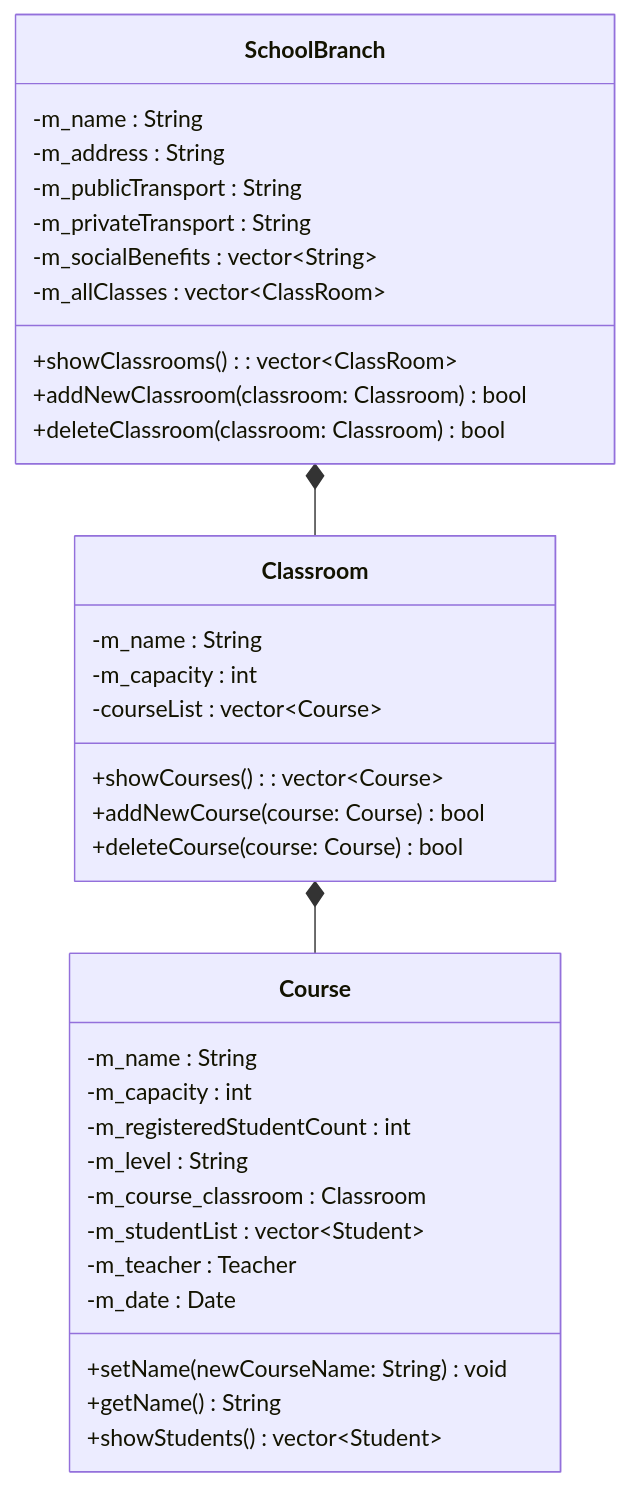
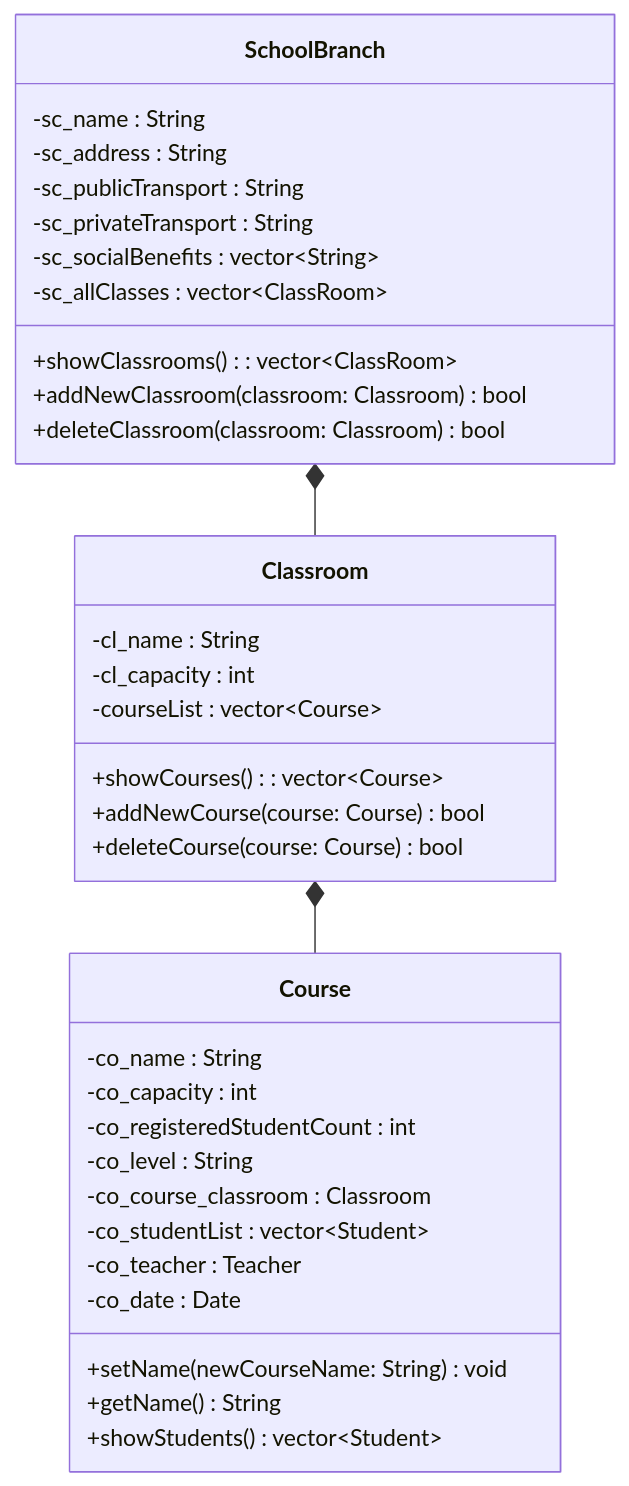
Before and after one commit to ondergormez/BLM3722_Software_Engineering: the third of 4 diagrams in 03-Project/01-ClassDiagram/UML_Diag.md, drawn with Mermaid. The commit also changed other lines of this file and 10 other files, not shown here.

````diff
--- a/03-Project/01-ClassDiagram/UML_Diag.md
+++ b/03-Project/01-ClassDiagram/UML_Diag.md
@@ -134,39 +134,39 @@
 ```mermaid
 classDiagram
     SchoolBranch *-- Classroom 
     Classroom *-- Course
     class SchoolBranch{
-        -m_name : String
-        -m_address : String
-        -m_publicTransport : String
-        -m_privateTransport : String
-        -m_socialBenefits : vector~String~ 
-        -m_allClasses : vector~ClassRoom~ 
+        -sc_name : String
+        -sc_address : String
+        -sc_publicTransport : String
+        -sc_privateTransport : String
+        -sc_socialBenefits : vector~String~ 
+        -sc_allClasses : vector~ClassRoom~ 
         +showClassrooms() : vector~ClassRoom~
         +addNewClassroom(classroom: Classroom) bool
         +deleteClassroom(classroom: Classroom) bool
     }
 
     class Classroom{
-        -m_name : String
-        -m_capacity : int
+        -cl_name : String
+        -cl_capacity : int
         -courseList : vector~Course~
         +showCourses() : vector~Course~
         +addNewCourse(course: Course) bool
         +deleteCourse(course: Course) bool       
     }
 
     class Course{
-        -m_name : String
-        -m_capacity : int
-        -m_registeredStudentCount : int
-        -m_level : String
-        -m_course_classroom : Classroom
-        -m_studentList : vector~Student~
-        -m_teacher : Teacher
-        -m_date : Date
+        -co_name : String
+        -co_capacity : int
+        -co_registeredStudentCount : int
+        -co_level : String
+        -co_course_classroom : Classroom
+        -co_studentList : vector~Student~
+        -co_teacher : Teacher
+        -co_date : Date
         +setName(newCourseName: String) void
         +getName() String
         +showStudents()  vector~Student~
     }
 ```
````
